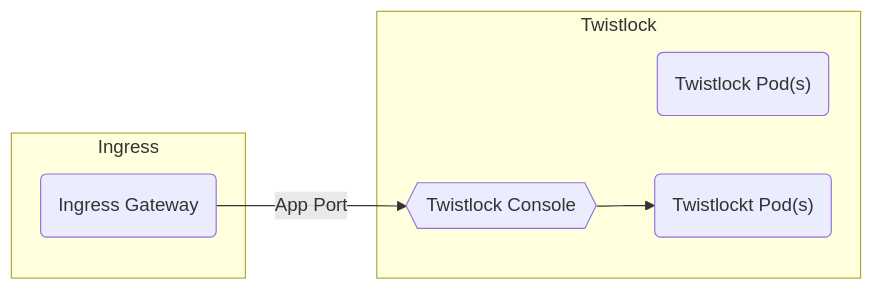
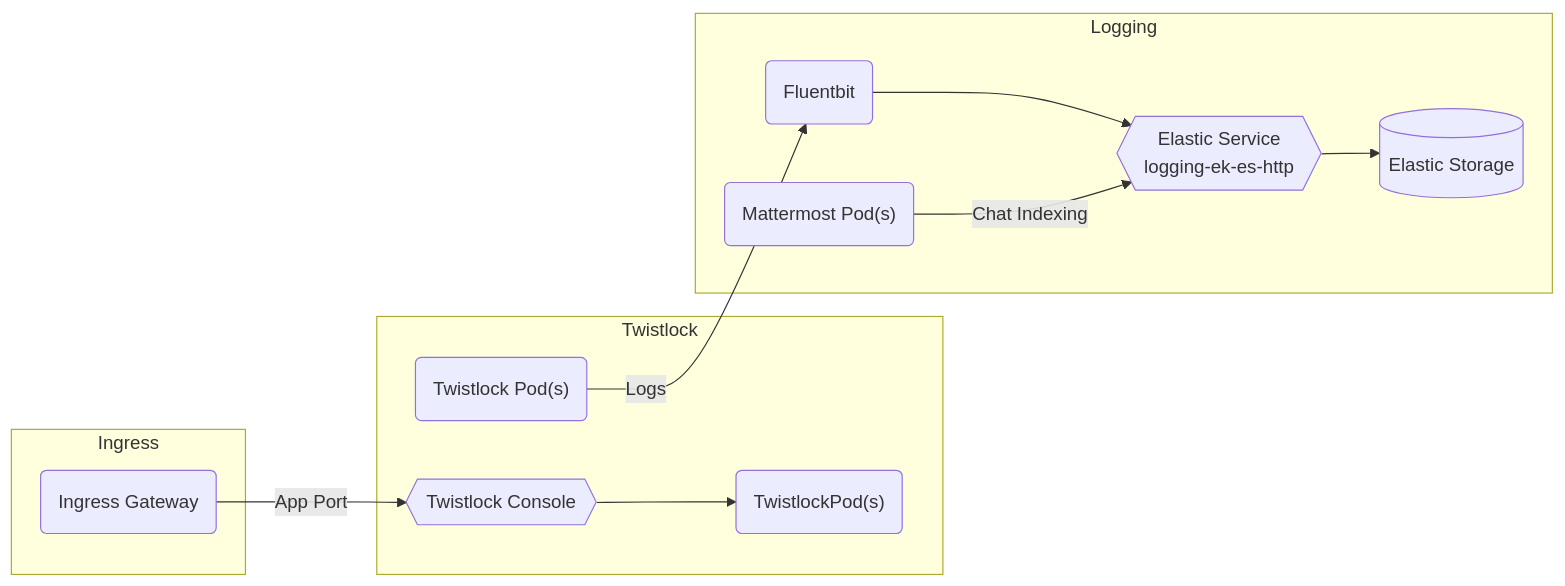
The diagram in charter/packages/twistlock/Architecture.md (rjferguson21/big-bang), drawn with Mermaid before and after one commit.

Commit message:
document eck architecture

````diff
--- a/charter/packages/twistlock/Architecture.md
+++ b/charter/packages/twistlock/Architecture.md
@@ -13,11 +13,16 @@
 ```mermaid
 graph LR
   subgraph "Twistlock"
     twistlockpods("Twistlock Pod(s)")
-    twistlockservice{{Twistlock Console}} --> twistlockdefenderpods("Twistlockt Pod(s)")
+    twistlockservice{{Twistlock Console}} --> twistlockdefenderpods("TwistlockPod(s)")
   end   
   subgraph "Ingress"
     ig(Ingress Gateway) --"App Port"--> twistlockservice
   end  
+  subgraph "Logging"
+    twistlockpods("Twistlock Pod(s)") --"Logs"--> fluent(Fluentbit) --> logging-ek-es-http
+    logging-ek-es-http{{Elastic Service<br />logging-ek-es-http}} --> elastic[(Elastic Storage)]
+    mattermostpods("Mattermost Pod(s)") --"Chat Indexing"--> logging-ek-es-http
+  end
 
 ```
````
